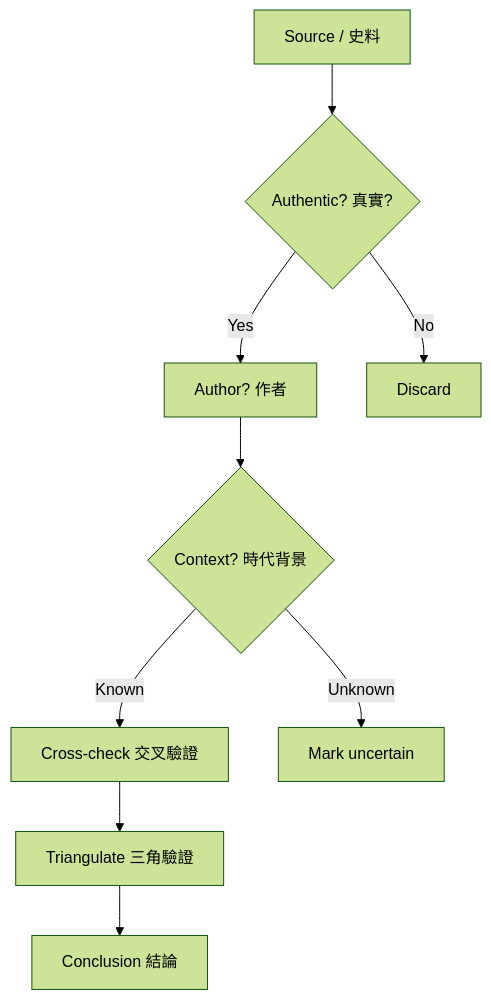
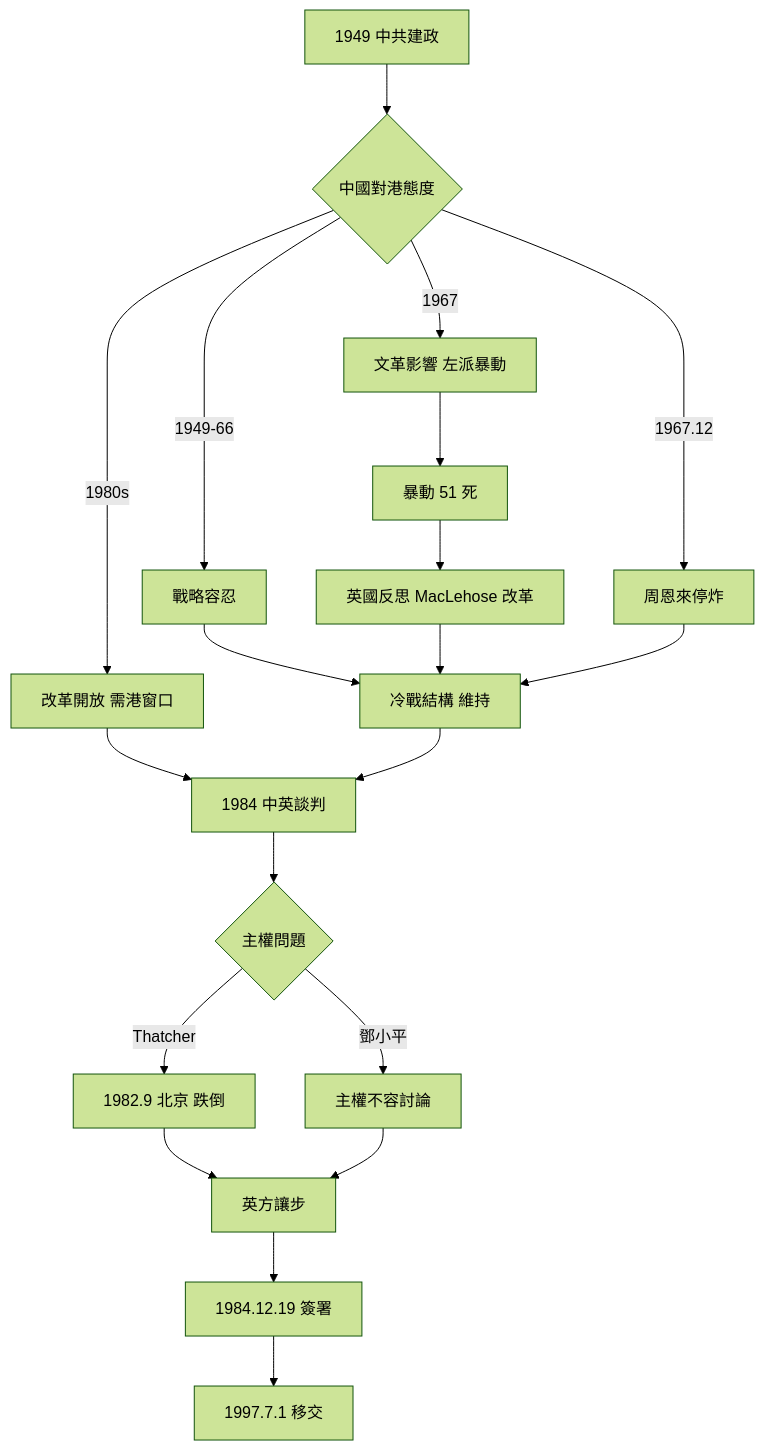
One commit to yip-lgtm/HKU-Harvard-History-Self-Study changed the ninth of 10 diagrams in 01_HKU_Courses/HIST1017_Modern_Hong_Kong.md. Above: the diagram before and after it, drawn with Mermaid (forest theme). The commit also changed other lines of this file and 7 other files, not shown here.

````diff
--- a/01_HKU_Courses/HIST1017_Modern_Hong_Kong.md
+++ b/01_HKU_Courses/HIST1017_Modern_Hong_Kong.md
@@ -422,11 +721,24 @@
 ```mermaid
 flowchart TD
-    A[Source / 史料] --> Q{Authentic? 真實?}
-    Q -->|Yes| B[Author? 作者]
-    Q -->|No| Z[Discard]
-    B --> R{Context? 時代背景}
-    R -->|Known| C[Cross-check 交叉驗證]
-    R -->|Unknown| Y[Mark uncertain]
-    C --> D[Triangulate 三角驗證]
-    D --> E[Conclusion 結論]
+    Start[1949 中共建政] --> Q{中國對港態度}
+    Q -->|1949-66| A[戰略容忍]
+    Q -->|1967| B[文革影響 左派暴動]
+    Q -->|1967.12| C[周恩來停炸]
+    Q -->|1980s| D[改革開放 需港窗口]
+    
+    A --> E[冷戰結構 維持]
+    B --> F[暴動 51 死]
+    F --> G[英國反思 MacLehose 改革]
+    G --> E
+    C --> E
+    D --> H[1984 中英談判]
+    
+    E --> H
+    H --> I{主權問題}
+    I -->|Thatcher| J[1982.9 北京 跌倒]
+    I -->|鄧小平| K[主權不容討論]
+    J --> L[英方讓步]
+    K --> L
+    L --> M[1984.12.19 簽署]
+    M --> N[1997.7.1 移交]
 ```
````
